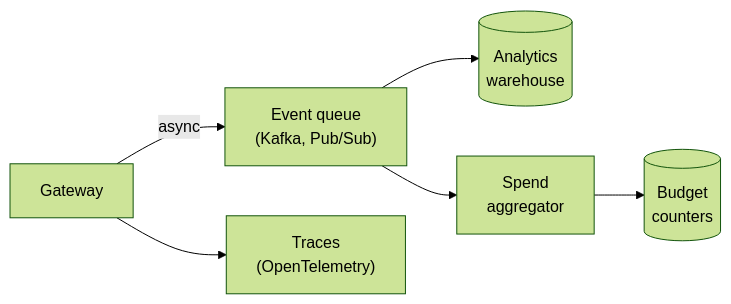
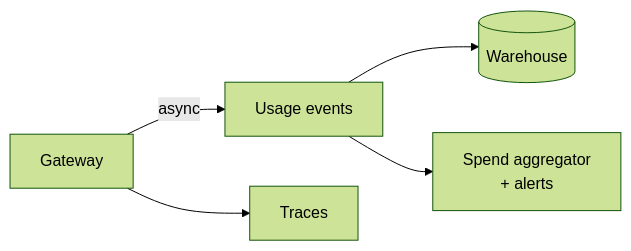
Before and after one commit to shubamchaudhary/CodeNITW: the third of 3 diagrams in src/Data/aiStackDocs/DP-05.md, drawn with Mermaid (forest theme). The commit also changed other lines of this file and 15 other files, not shown here.

````diff
--- a/src/Data/aiStackDocs/DP-05.md
+++ b/src/Data/aiStackDocs/DP-05.md
@@ -101,8 +93,7 @@
 ```mermaid
 flowchart LR
-    GW["Gateway"] -->|"async"| BUS["Event queue<br/>(Kafka, Pub/Sub)"]
-    BUS --> WH[("Analytics<br/>warehouse")]
-    BUS --> AGG["Spend<br/>aggregator"]
-    AGG --> BUD[("Budget<br/>counters")]
-    GW --> TR["Traces<br/>(OpenTelemetry)"]
+    GW["Gateway"] -->|"async"| BUS["Usage events"]
+    BUS --> WH[("Warehouse")]
+    BUS --> AGG["Spend aggregator<br/>+ alerts"]
+    GW --> TR["Traces"]
 ```
````
